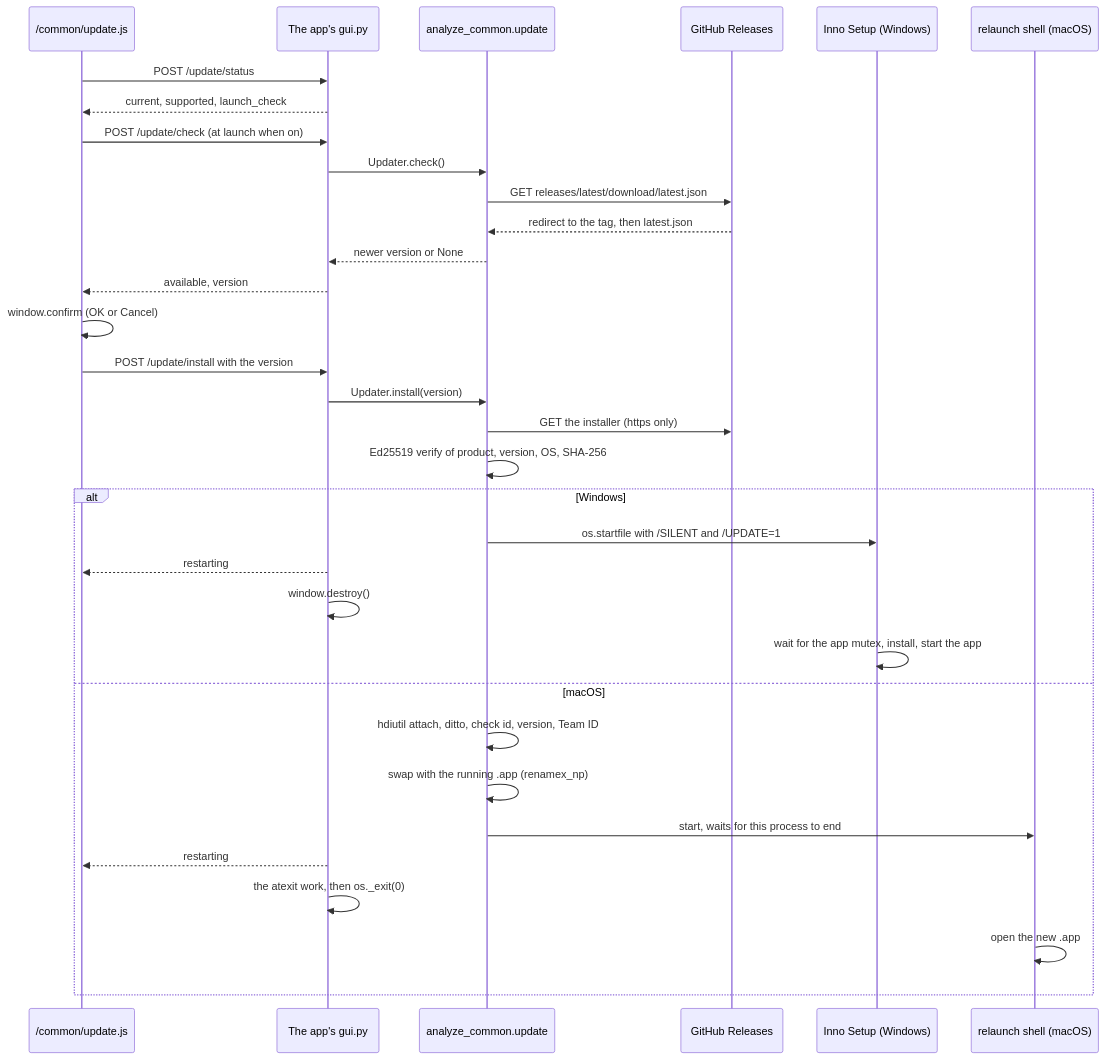
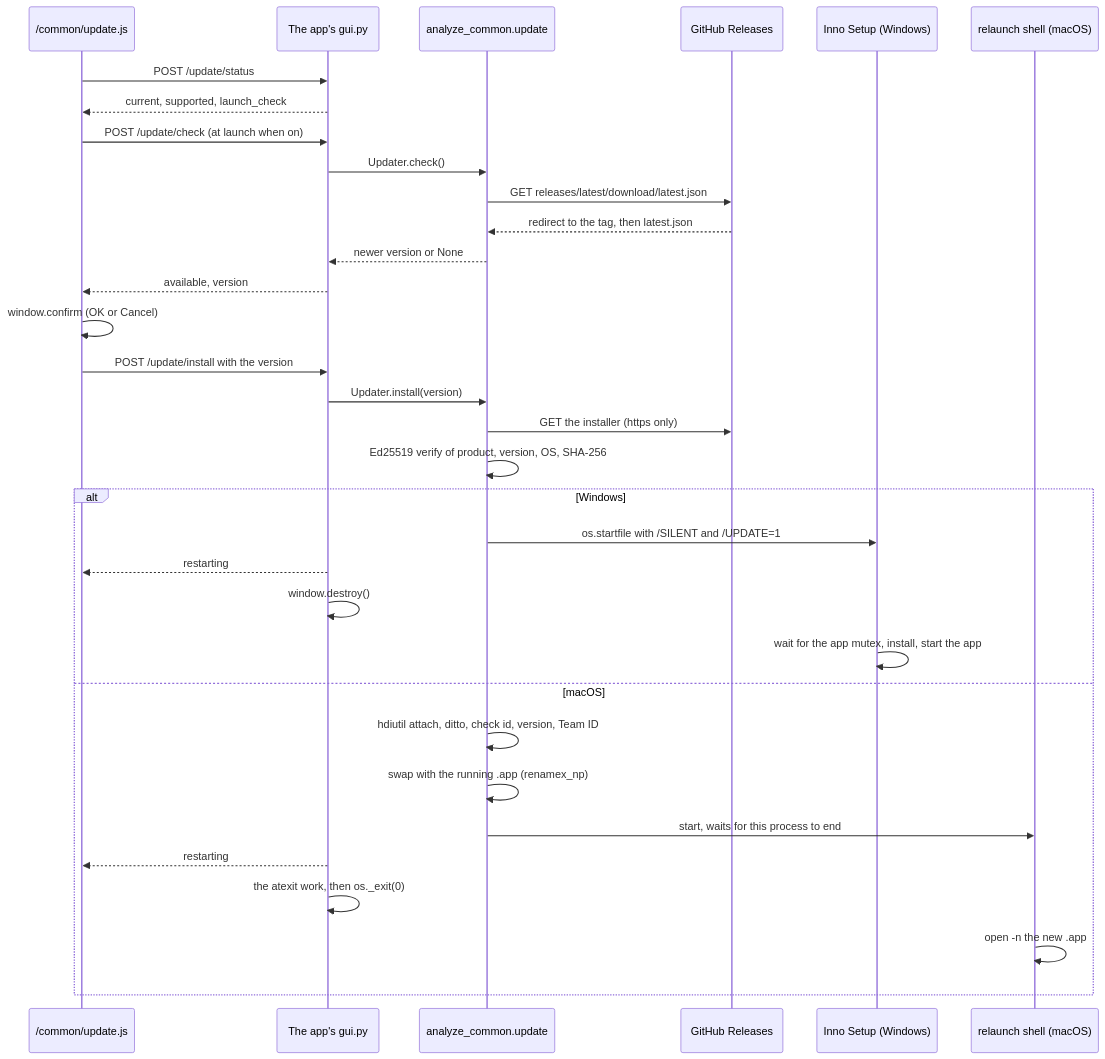
Before and after one commit to semnil/py-analyze-common: the diagram in docs/auto-update.ja.md, drawn with Mermaid. The commit also changed other lines of this file and 3 other files, not shown here.

Commit message:
fix: relaunch the updated macOS app with open -n

````diff
--- a/docs/auto-update.ja.md
+++ b/docs/auto-update.ja.md
@@ -22,35 +22,35 @@
 ```mermaid
 sequenceDiagram
     participant UI as /common/update.js
     participant S as The app's gui.py
     participant U as analyze_common.update
     participant GH as GitHub Releases
     participant Setup as Inno Setup (Windows)
     participant Sh as relaunch shell (macOS)
     UI->>S: POST /update/status
     S-->>UI: current, supported, launch_check
     UI->>S: POST /update/check (at launch when on)
     S->>U: Updater.check()
     U->>GH: GET releases/latest/download/latest.json
     GH-->>U: redirect to the tag, then latest.json
     U-->>S: newer version or None
     S-->>UI: available, version
     UI->>UI: window.confirm (OK or Cancel)
     UI->>S: POST /update/install with the version
     S->>U: Updater.install(version)
     U->>GH: GET the installer (https only)
     U->>U: Ed25519 verify of product, version, OS, SHA-256
     alt Windows
         U->>Setup: os.startfile with /SILENT and /UPDATE=1
         S-->>UI: restarting
         S->>S: window.destroy()
         Setup->>Setup: wait for the app mutex, install, start the app
     else macOS
         U->>U: hdiutil attach, ditto, check id, version, Team ID
         U->>U: swap with the running .app (renamex_np)
         U->>Sh: start, waits for this process to end
         S-->>UI: restarting
         S->>S: the atexit work, then os._exit(0)
-        Sh->>Sh: open the new .app
+        Sh->>Sh: open -n the new .app
     end
 ```
````
